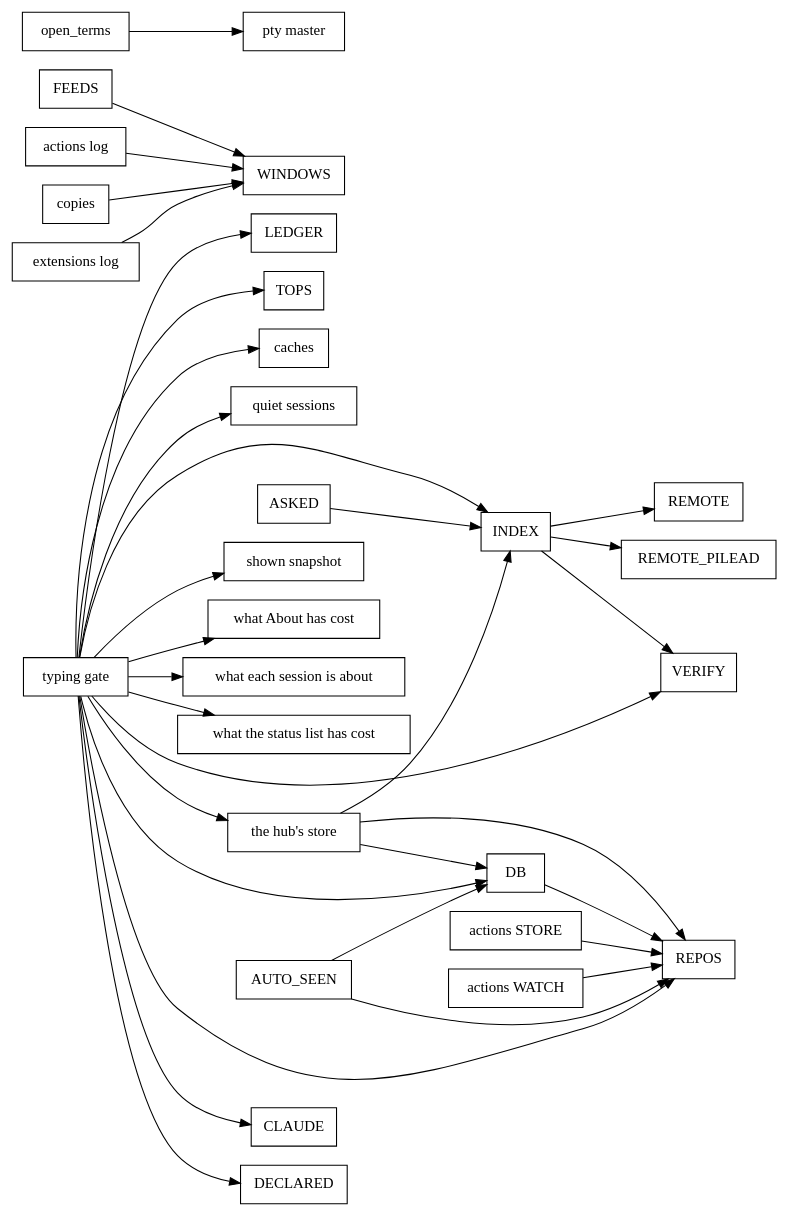
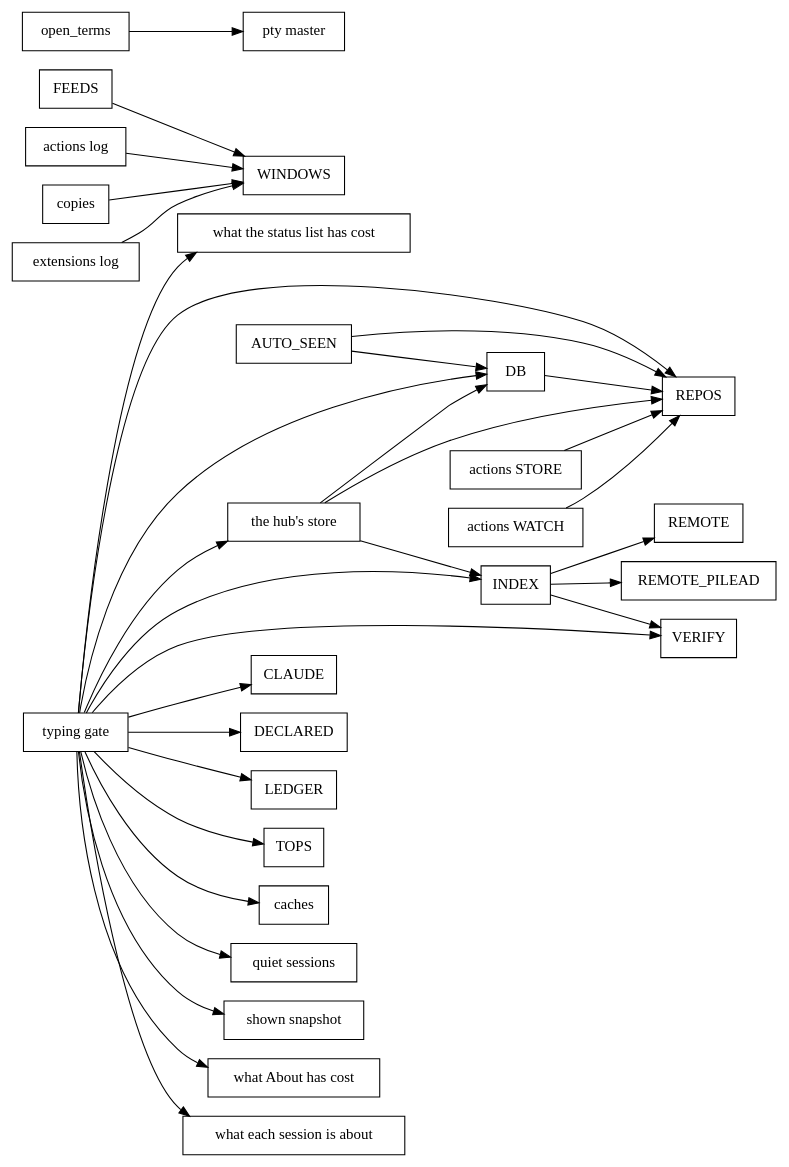
One commit to spacegrowth/cue changed the diagram in docs/dev/lock-graph.dot. Above: the diagram before and after it, drawn with Graphviz. The commit also changed 18 other files, not shown here.

```diff
--- a/docs/dev/lock-graph.dot
+++ b/docs/dev/lock-graph.dot
@@ -1,37 +1,36 @@
 // Generated by `cargo run -p xtask -- inventory`; don't edit by hand.
 digraph locks {
   rankdir=LR;
   node [shape=box];
-  "ASKED" -> "INDEX";
   "AUTO_SEEN" -> "DB";
   "AUTO_SEEN" -> "REPOS";
   "DB" -> "REPOS";
   "FEEDS" -> "WINDOWS";
   "INDEX" -> "REMOTE";
   "INDEX" -> "REMOTE_PILEAD";
   "INDEX" -> "VERIFY";
   "actions STORE" -> "REPOS";
   "actions WATCH" -> "REPOS";
   "actions log" -> "WINDOWS";
   "copies" -> "WINDOWS";
   "extensions log" -> "WINDOWS";
   "open_terms" -> "pty master";
   "the hub's store" -> "DB";
   "the hub's store" -> "INDEX";
   "the hub's store" -> "REPOS";
   "typing gate" -> "CLAUDE";
   "typing gate" -> "DB";
   "typing gate" -> "DECLARED";
   "typing gate" -> "INDEX";
   "typing gate" -> "LEDGER";
   "typing gate" -> "REPOS";
   "typing gate" -> "TOPS";
   "typing gate" -> "VERIFY";
   "typing gate" -> "caches";
   "typing gate" -> "quiet sessions";
   "typing gate" -> "shown snapshot";
   "typing gate" -> "the hub's store";
   "typing gate" -> "what About has cost";
   "typing gate" -> "what each session is about";
   "typing gate" -> "what the status list has cost";
 }
```
